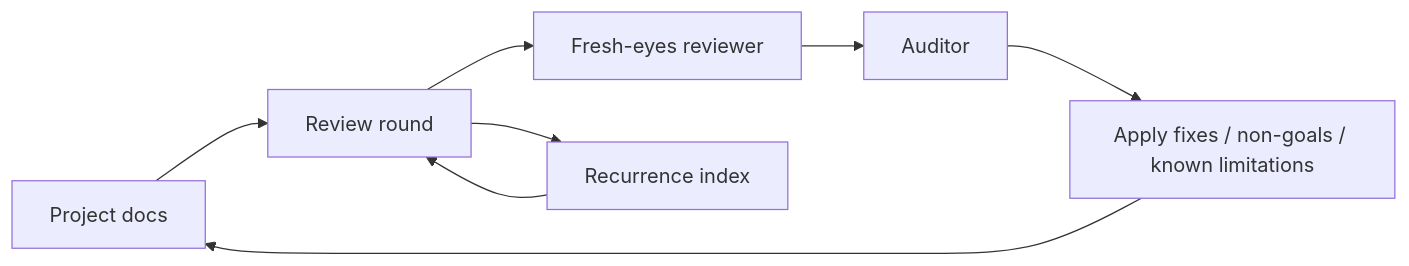
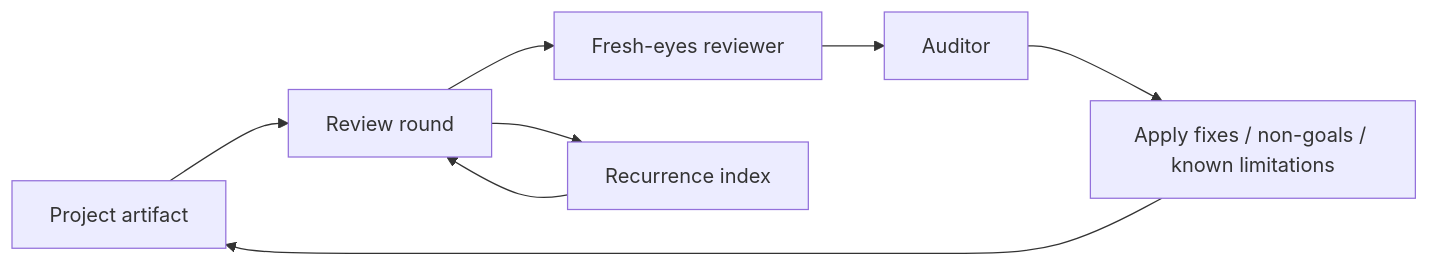
One commit to 1qh/lens changed the first of 2 diagrams in README.md. Above: the diagram before and after it, drawn with Mermaid. The commit also changed other lines of this file and 5 other files, not shown here.

Commit message:
generalize lens to any artifact: docs, code, infra, schemas, ops

````diff
--- a/README.md
+++ b/README.md
@@ -5,10 +5,10 @@
 ```mermaid
 flowchart LR
-    Project[Project docs] --> Round[Review round]
+    Target[Project artifact] --> Round[Review round]
     Round --> Reviewer[Fresh-eyes reviewer]
     Reviewer --> Auditor
     Auditor --> Action[Apply fixes / non-goals / known limitations]
-    Action --> Project
+    Action --> Target
     Round --> Recurrence[Recurrence index]
     Recurrence --> Round
 ```
````
